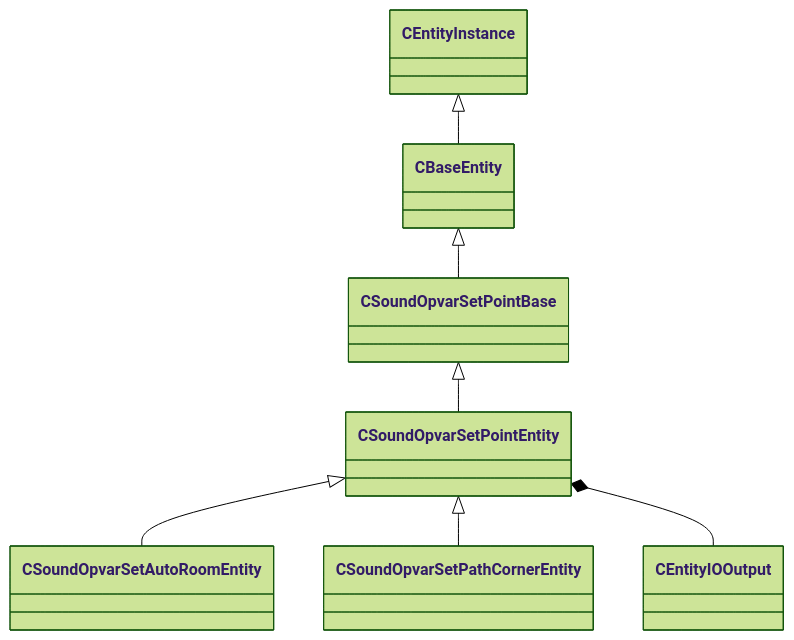
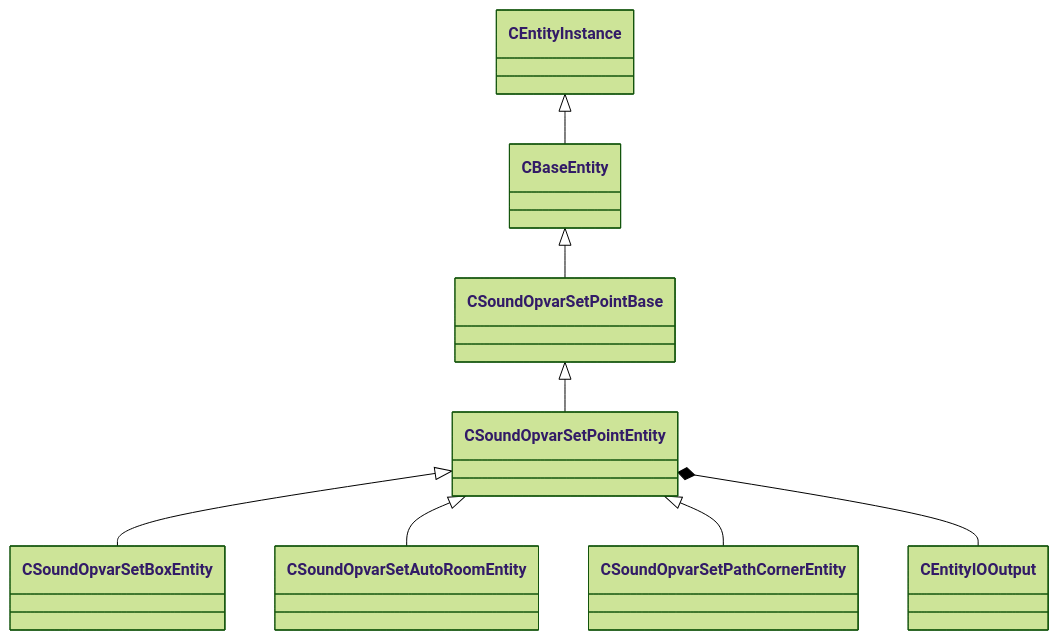
Before and after one commit to CS2OpenDev/CS2OpenDev-Docs: the diagram in docs/generated/schemas/server/CSoundOpvarSetPointEntity.md, drawn with Mermaid (forest theme). The commit also changed other lines of this file and 4525 other files, not shown here.

````diff
--- a/docs/generated/schemas/server/CSoundOpvarSetPointEntity.md
+++ b/docs/generated/schemas/server/CSoundOpvarSetPointEntity.md
@@ -19,9 +21,10 @@
 ```mermaid
 classDiagram
     CSoundOpvarSetPointBase <|-- CSoundOpvarSetPointEntity
     CBaseEntity <|-- CSoundOpvarSetPointBase
     CEntityInstance <|-- CBaseEntity
+    CSoundOpvarSetPointEntity <|-- CSoundOpvarSetBoxEntity
     CSoundOpvarSetPointEntity <|-- CSoundOpvarSetAutoRoomEntity
     CSoundOpvarSetPointEntity <|-- CSoundOpvarSetPathCornerEntity
     CSoundOpvarSetPointEntity *-- CEntityIOOutput
 ```
````
